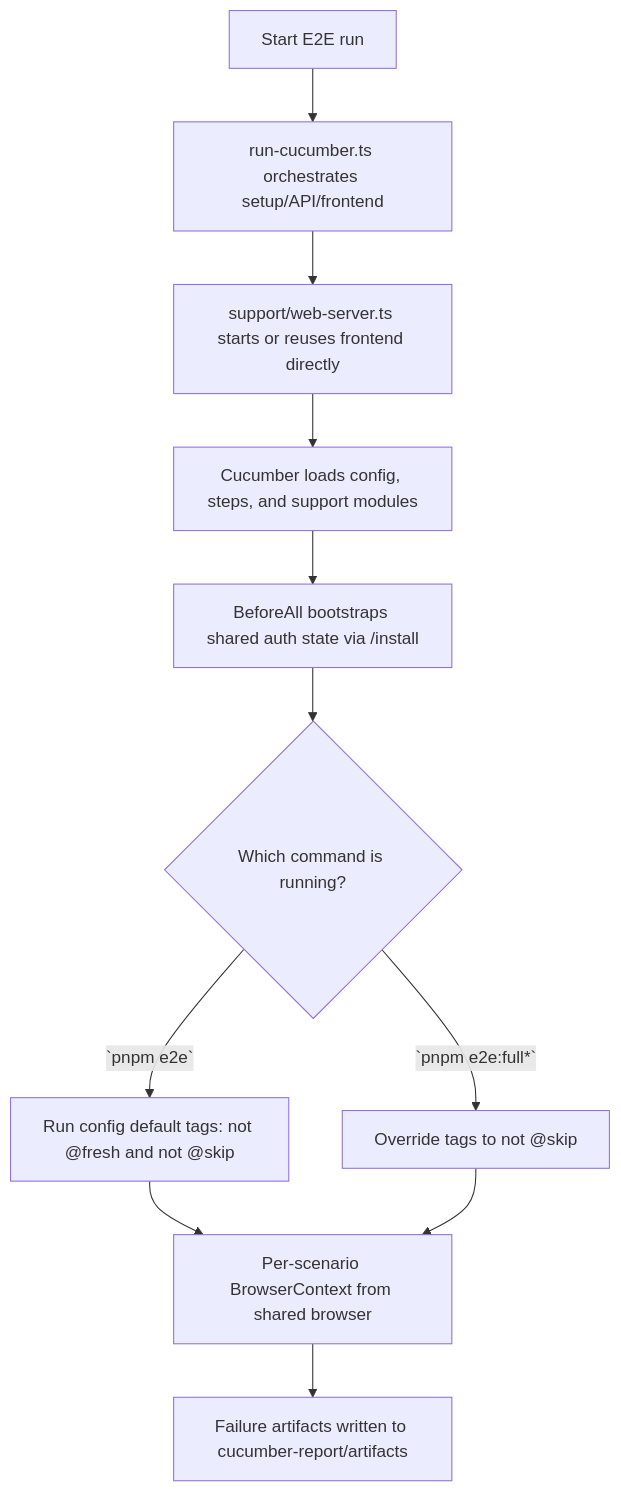
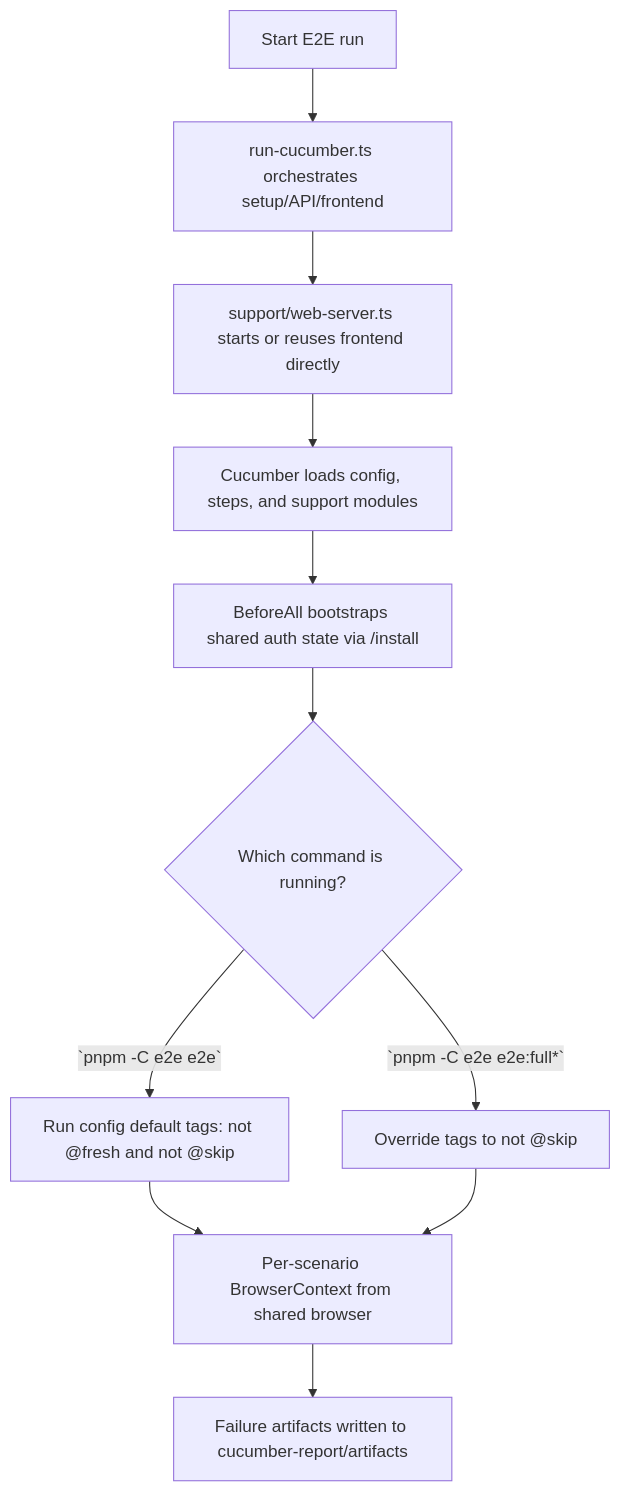
The diagram in mirrors/repos/langgenius@dify/e2e/AGENTS.md (gabrielmoreira/agent-skills-mirror), drawn with Mermaid before and after one commit. The commit also changed other lines of this file and 980 other files, not shown here.

````diff
--- a/mirrors/repos/langgenius@dify/e2e/AGENTS.md
+++ b/mirrors/repos/langgenius@dify/e2e/AGENTS.md
@@ -64,13 +64,13 @@
 ```mermaid
 flowchart TD
   A["Start E2E run"] --> B["run-cucumber.ts orchestrates setup/API/frontend"]
   B --> C["support/web-server.ts starts or reuses frontend directly"]
   C --> D["Cucumber loads config, steps, and support modules"]
   D --> E["BeforeAll bootstraps shared auth state via /install"]
   E --> F{"Which command is running?"}
-  F -->|`pnpm e2e`| G["Run config default tags: not @fresh and not @skip"]
-  F -->|`pnpm e2e:full*`| H["Override tags to not @skip"]
+  F -->|`pnpm -C e2e e2e`| G["Run config default tags: not @fresh and not @skip"]
+  F -->|`pnpm -C e2e e2e:full*`| H["Override tags to not @skip"]
   G --> I["Per-scenario BrowserContext from shared browser"]
   H --> I
   I --> J["Failure artifacts written to cucumber-report/artifacts"]
 ```
````
